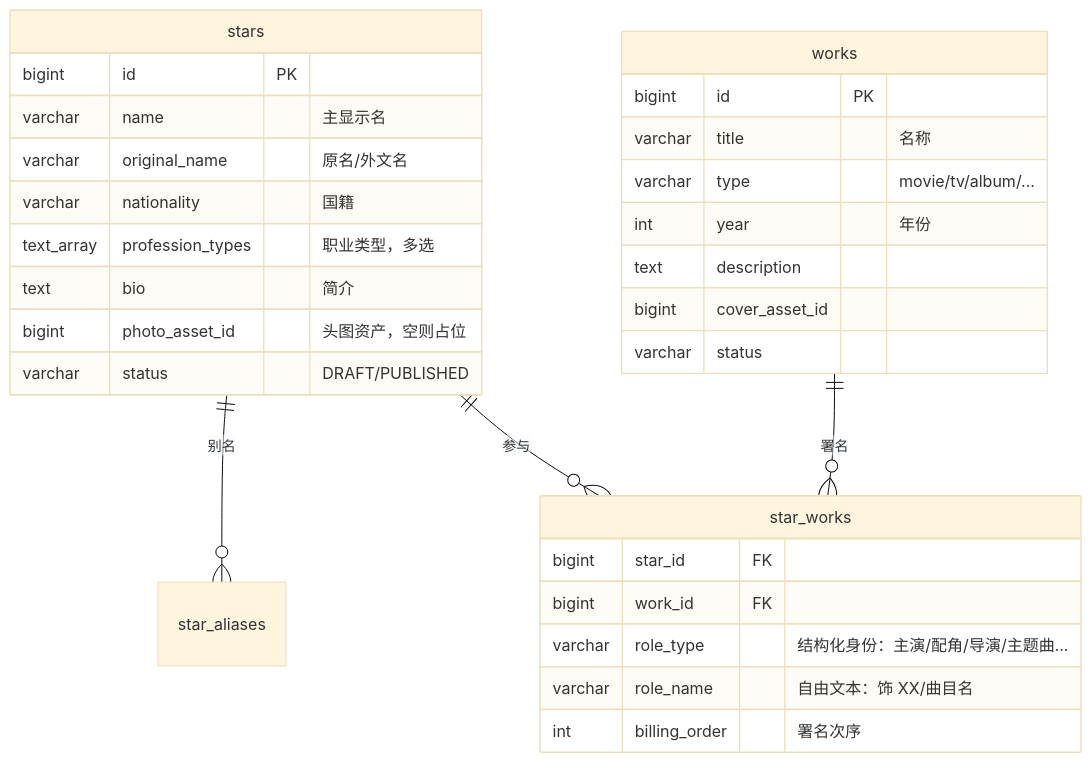
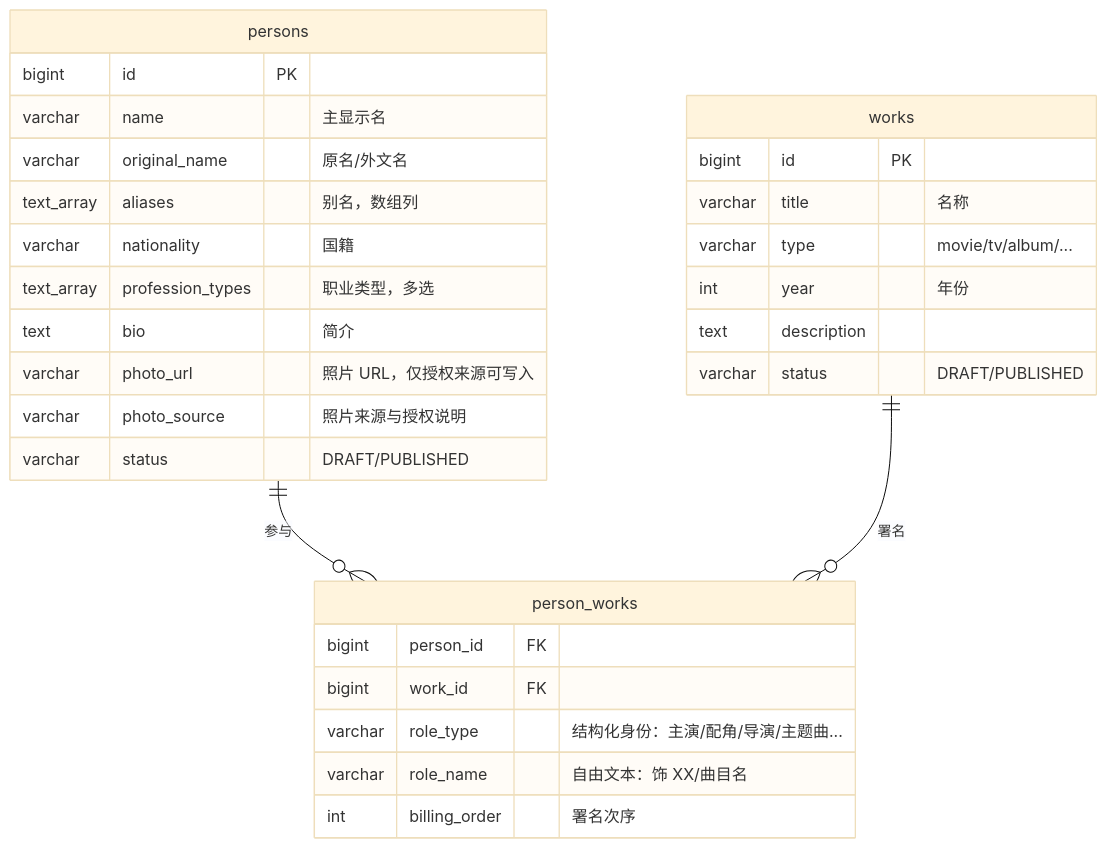
The diagram in docs/design/star-catalog.md (cuihairu/awn), drawn with Mermaid (base theme) before and after one commit. The commit also changed other lines of this file and 50 other files, not shown here.

````diff
--- a/docs/design/star-catalog.md
+++ b/docs/design/star-catalog.md
@@ -13,32 +15,32 @@
 ```mermaid
 erDiagram
-    stars ||--o{ star_aliases : "别名"
-    stars ||--o{ star_works : "参与"
-    works ||--o{ star_works : "署名"
-    stars {
+    persons ||--o{ person_works : "参与"
+    works ||--o{ person_works : "署名"
+    persons {
         bigint id PK
         varchar name "主显示名"
         varchar original_name "原名/外文名"
+        text_array aliases "别名，数组列"
         varchar nationality "国籍"
         text_array profession_types "职业类型，多选"
         text bio "简介"
-        bigint photo_asset_id "头图资产，空则占位"
+        varchar photo_url "照片 URL，仅授权来源可写入"
+        varchar photo_source "照片来源与授权说明"
         varchar status "DRAFT/PUBLISHED"
     }
     works {
         bigint id PK
         varchar title "名称"
         varchar type "movie/tv/album/..."
         int year "年份"
         text description
-        bigint cover_asset_id
-        varchar status
+        varchar status "DRAFT/PUBLISHED"
     }
-    star_works {
-        bigint star_id FK
+    person_works {
+        bigint person_id FK
         bigint work_id FK
         varchar role_type "结构化身份：主演/配角/导演/主题曲..."
         varchar role_name "自由文本：饰 XX/曲目名"
         int billing_order "署名次序"
     }
 ```
````
